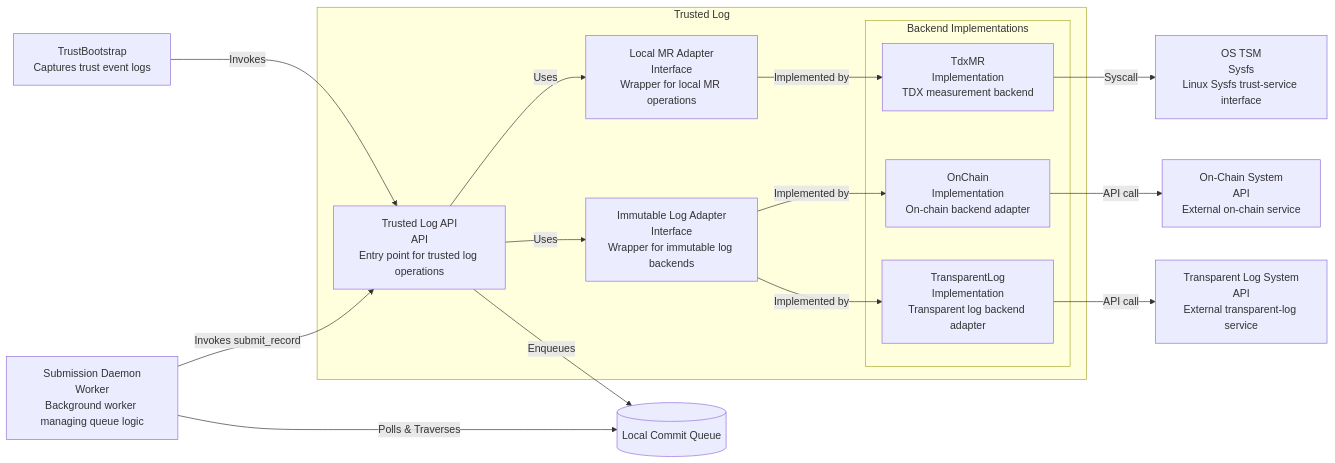
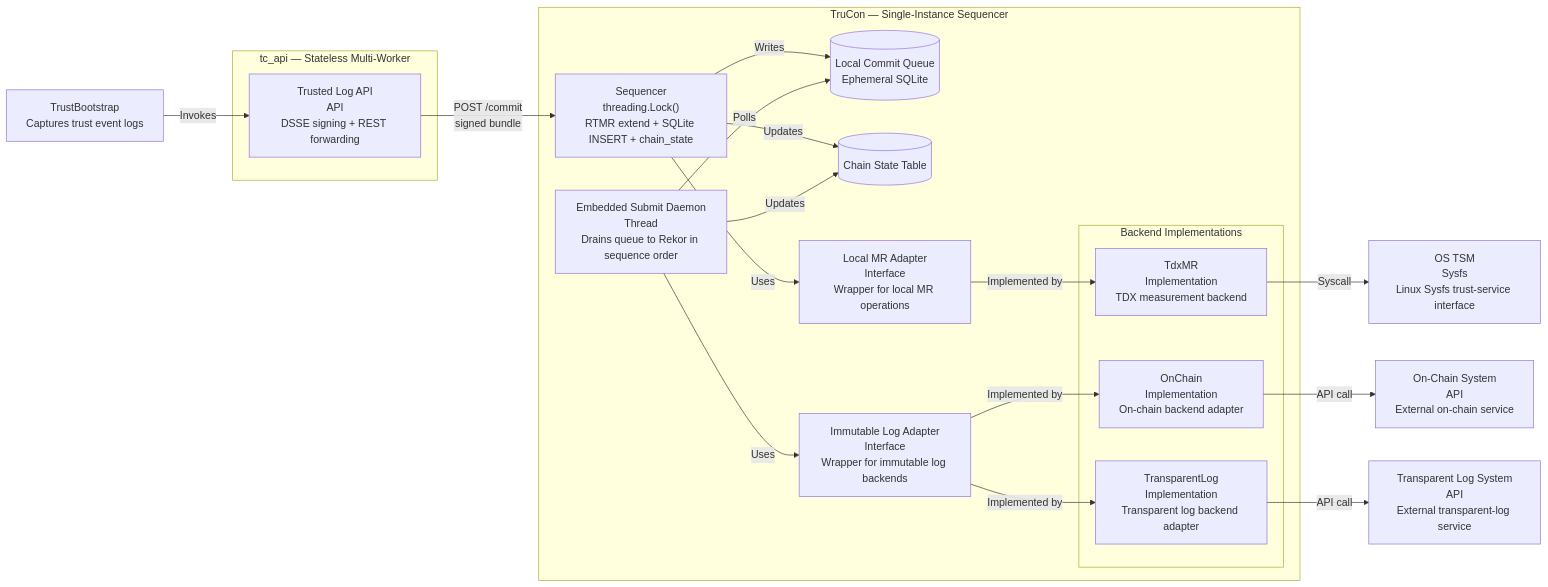
Before and after one commit to intel/confidential-computing-zoo: the second of 7 diagrams in trusted-log/architecture.md, drawn with Mermaid. The commit also changed other lines of this file and 37 other files, not shown here.

Commit message:
Refactor architecture

````diff
--- a/trusted-log/architecture.md
+++ b/trusted-log/architecture.md
@@ -52,36 +58,44 @@
 ```mermaid
 flowchart LR
     TrustBootstrap["TrustBootstrap<br/>Captures trust event logs"]
 
-    subgraph TrustedLogBoundary[Trusted Log]
-        TrustLogApi["Trusted Log API<br/>API<br/>Entry point for trusted log operations"]
+    subgraph TcApiBoundary[tc_api — Stateless Multi-Worker]
+        TrustLogApi["Trusted Log API<br/>API<br/>DSSE signing + REST forwarding"]
+    end
+
+    subgraph TrustApiBoundary[TruCon — Single-Instance Sequencer]
+        Sequencer["Sequencer<br/>threading.Lock()<br/>RTMR extend + SQLite INSERT + chain_state"]
+        SubmissionDaemon["Embedded Submit Daemon<br/>Thread<br/>Drains queue to Rekor in sequence order"]
+        CommitQueue[(Local Commit Queue<br/>Ephemeral SQLite)]
+        ChainState[(Chain State Table)]
+
         LocalMRAdapter["Local MR Adapter<br/>Interface<br/>Wrapper for local MR operations"]
         ImmutableLogAdapter["Immutable Log Adapter<br/>Interface<br/>Wrapper for immutable log backends"]
 
         subgraph BackendImplementations[Backend Implementations]
             TdxMR["TdxMR<br/>Implementation<br/>TDX measurement backend"]
             OnChainImpl["OnChain<br/>Implementation<br/>On-chain backend adapter"]
             TransparentLogImpl["TransparentLog<br/>Implementation<br/>Transparent log backend adapter"]
         end
     end
 
     OSTSM["OS TSM<br/>Sysfs<br/>Linux Sysfs trust-service interface"]
     OnChainSystem["On-Chain System<br/>API<br/>External on-chain service"]
     TransparentLogSystem["Transparent Log System<br/>API<br/>External transparent-log service"]
 
-    SubmissionDaemon["Submission Daemon<br/>Worker<br/>Background worker managing queue logic"]
+    TrustBootstrap -->|Invokes| TrustLogApi
+    TrustLogApi -->|POST /commit<br/>signed bundle| Sequencer
+    Sequencer -->|Writes| CommitQueue
+    Sequencer -->|Updates| ChainState
+    SubmissionDaemon -->|Polls| CommitQueue
+    SubmissionDaemon -->|Updates| ChainState
 
-    TrustBootstrap -->|Invokes| TrustLogApi
-    TrustLogApi -->|Enqueues| CommitQueue[(Local Commit Queue)]
-    SubmissionDaemon -->|Polls & Traverses| CommitQueue
-    SubmissionDaemon -->|Invokes submit_record| TrustLogApi
-
-    TrustLogApi -->|Uses| LocalMRAdapter
-    TrustLogApi -->|Uses| ImmutableLogAdapter
+    Sequencer -->|Uses| LocalMRAdapter
+    SubmissionDaemon -->|Uses| ImmutableLogAdapter
     LocalMRAdapter -->|Implemented by| TdxMR
     ImmutableLogAdapter -->|Implemented by| OnChainImpl
     ImmutableLogAdapter -->|Implemented by| TransparentLogImpl
     TdxMR -->|Syscall| OSTSM
     OnChainImpl -->|API call| OnChainSystem
     TransparentLogImpl -->|API call| TransparentLogSystem
 ```
````
